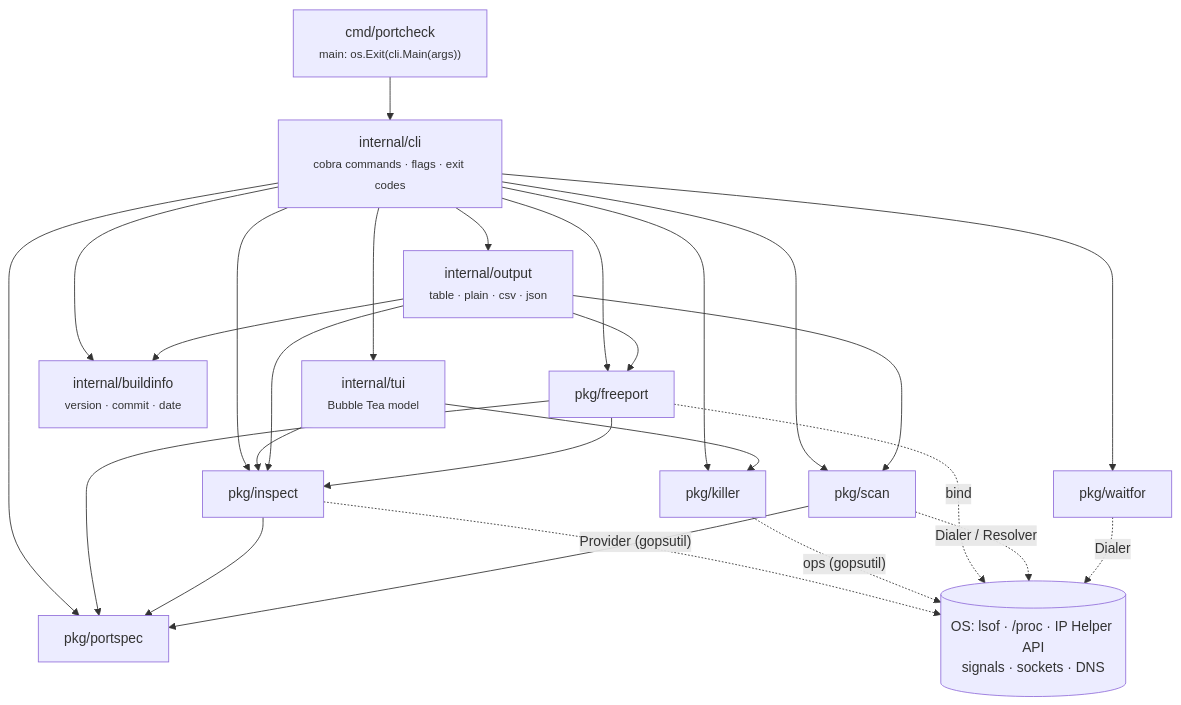
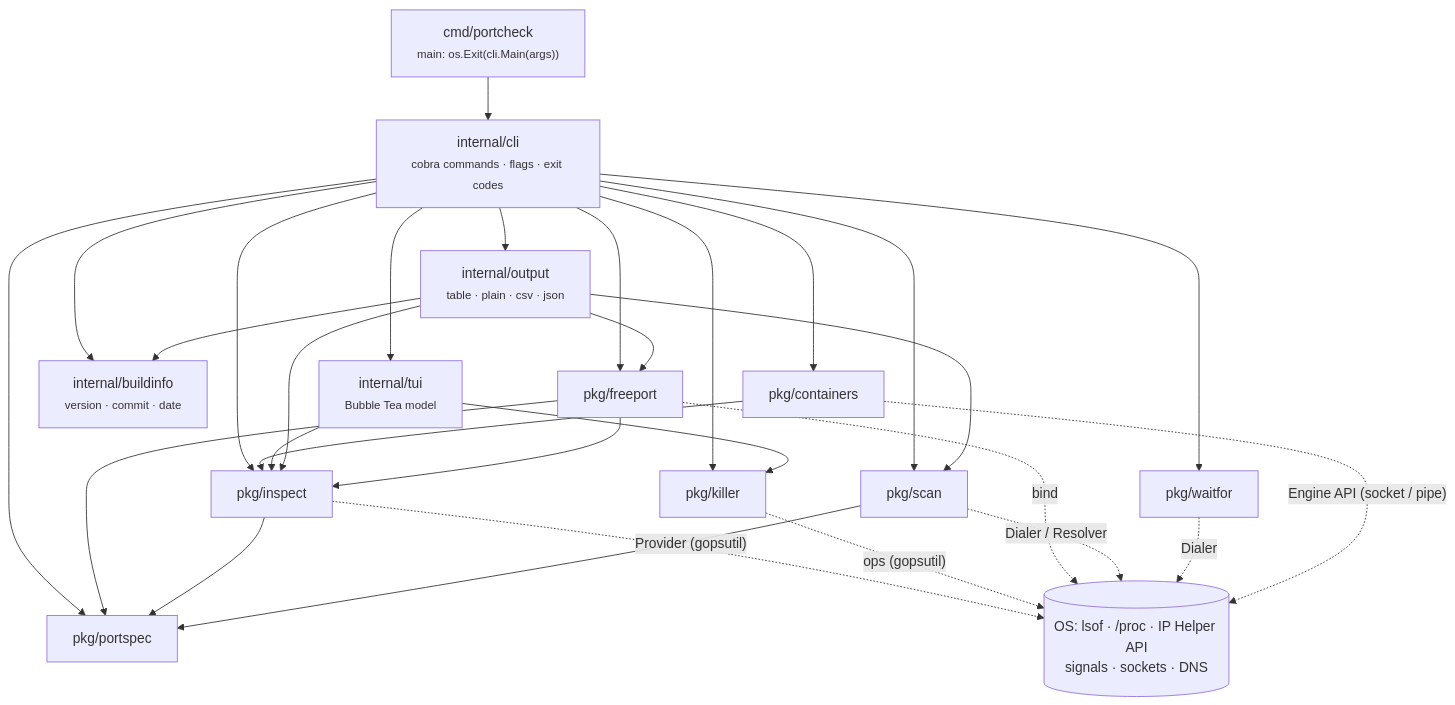
The first of 2 diagrams in docs/architecture.md (roystondwork-dev/portcheck), drawn with Mermaid before and after one commit. The commit also changed other lines of this file and 14 other files, not shown here.

````diff
--- a/docs/architecture.md
+++ b/docs/architecture.md
@@ -5,30 +5,33 @@
 ```mermaid
 flowchart TD
     main["cmd/portcheck<br/><small>main: os.Exit(cli.Main(args))</small>"]
     cli["internal/cli<br/><small>cobra commands · flags · exit codes</small>"]
     out["internal/output<br/><small>table · plain · csv · json</small>"]
     tui["internal/tui<br/><small>Bubble Tea model</small>"]
     bi["internal/buildinfo<br/><small>version · commit · date</small>"]
     portspec["pkg/portspec"]
     inspect["pkg/inspect"]
     freeport["pkg/freeport"]
     killer["pkg/killer"]
     scan["pkg/scan"]
     waitfor["pkg/waitfor"]
+    containers["pkg/containers"]
     os[("OS: lsof · /proc · IP Helper API<br/>signals · sockets · DNS")]
 
     main --> cli
     cli --> out & tui & bi
     out --> bi
-    cli --> portspec & inspect & freeport & killer & scan & waitfor
+    cli --> portspec & inspect & freeport & killer & scan & waitfor & containers
+    containers --> inspect
     tui --> inspect & killer
     out --> inspect & freeport & scan
     freeport --> inspect & portspec
     inspect --> portspec
     scan --> portspec
     inspect -. "Provider (gopsutil)" .-> os
     killer -. "ops (gopsutil)" .-> os
     freeport -. "bind" .-> os
     scan -. "Dialer / Resolver" .-> os
     waitfor -. "Dialer" .-> os
+    containers -. "Engine API (socket / pipe)" .-> os
 ```
````
